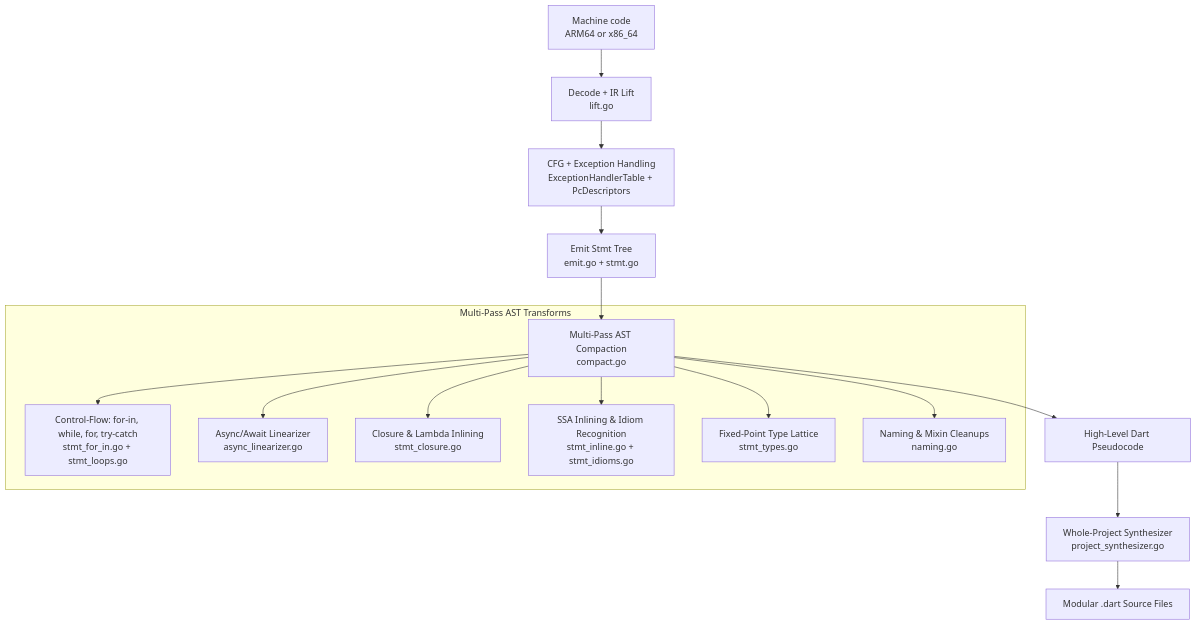
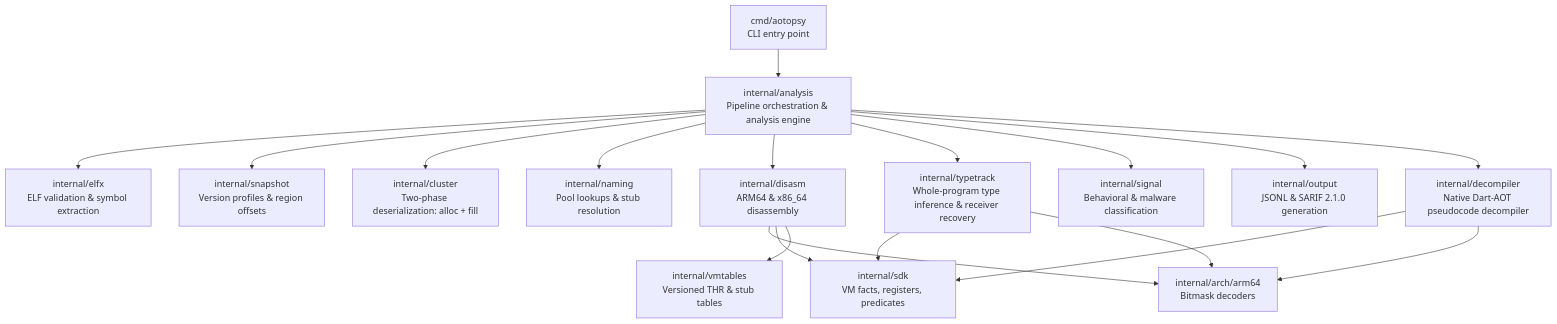
One commit to BroNils/aotopsy changed the first of 2 diagrams in ARCHITECTURE.md. Above: the diagram before and after it, drawn with Mermaid. The commit also changed other lines of this file and 5 other files, not shown here.

First line of the commit message:
docs: update architecture, package layout, and changelog across all markdown docs

````diff
--- a/ARCHITECTURE.md
+++ b/ARCHITECTURE.md
@@ -120,20 +9,21 @@
 ```mermaid
 flowchart TD
-    A[Machine code<br/>ARM64 or x86_64] --> B[Decode + IR Lift<br/>lift.go]
-    B --> C[CFG + Exception Handling<br/>ExceptionHandlerTable + PcDescriptors]
-    C --> D[Emit Stmt Tree<br/>emit.go + stmt.go]
-    D --> E[Multi-Pass AST Compaction<br/>compact.go]
+    CLI[cmd/aotopsy<br/>CLI entry point] --> ANALYSIS[internal/analysis<br/>Pipeline orchestration & analysis engine]
+    ANALYSIS --> ELFX[internal/elfx<br/>ELF validation & symbol extraction]
+    ANALYSIS --> SNAP[internal/snapshot<br/>Version profiles & region offsets]
+    ANALYSIS --> CLUST[internal/cluster<br/>Two-phase deserialization: alloc + fill]
+    ANALYSIS --> NAMING[internal/naming<br/>Pool lookups & stub resolution]
+    ANALYSIS --> DISASM[internal/disasm<br/>ARM64 & x86_64 disassembly]
+    ANALYSIS --> TT[internal/typetrack<br/>Whole-program type inference & receiver recovery]
+    ANALYSIS --> SIG[internal/signal<br/>Behavioral & malware classification]
+    ANALYSIS --> OUT[internal/output<br/>JSONL & SARIF 2.1.0 generation]
+    ANALYSIS --> DEC[internal/decompiler<br/>Native Dart-AOT pseudocode decompiler]
     
-    subgraph Multi-Pass AST Transforms
-        E --> F1[Control-Flow: for-in, while, for, try-catch<br/>stmt_for_in.go + stmt_loops.go]
-        E --> F2[Async/Await Linearizer<br/>async_linearizer.go]
-        E --> F3[Closure & Lambda Inlining<br/>stmt_closure.go]
-        E --> F4[SSA Inlining & Idiom Recognition<br/>stmt_inline.go + stmt_idioms.go]
-        E --> F5[Fixed-Point Type Lattice<br/>stmt_types.go]
-        E --> F6[Naming & Mixin Cleanups<br/>naming.go]
-    end
-
-    E --> G[High-Level Dart Pseudocode]
-    G --> H[Whole-Project Synthesizer<br/>project_synthesizer.go]
-    H --> I[Modular .dart Source Files]
+    DISASM --> ARCH_ARM[internal/arch/arm64<br/>Bitmask decoders]
+    DISASM --> SDK[internal/sdk<br/>VM facts, registers, predicates]
+    DISASM --> VMT[internal/vmtables<br/>Versioned THR & stub tables]
+    TT --> SDK
+    TT --> ARCH_ARM
+    DEC --> SDK
+    DEC --> ARCH_ARM
 ```
````
